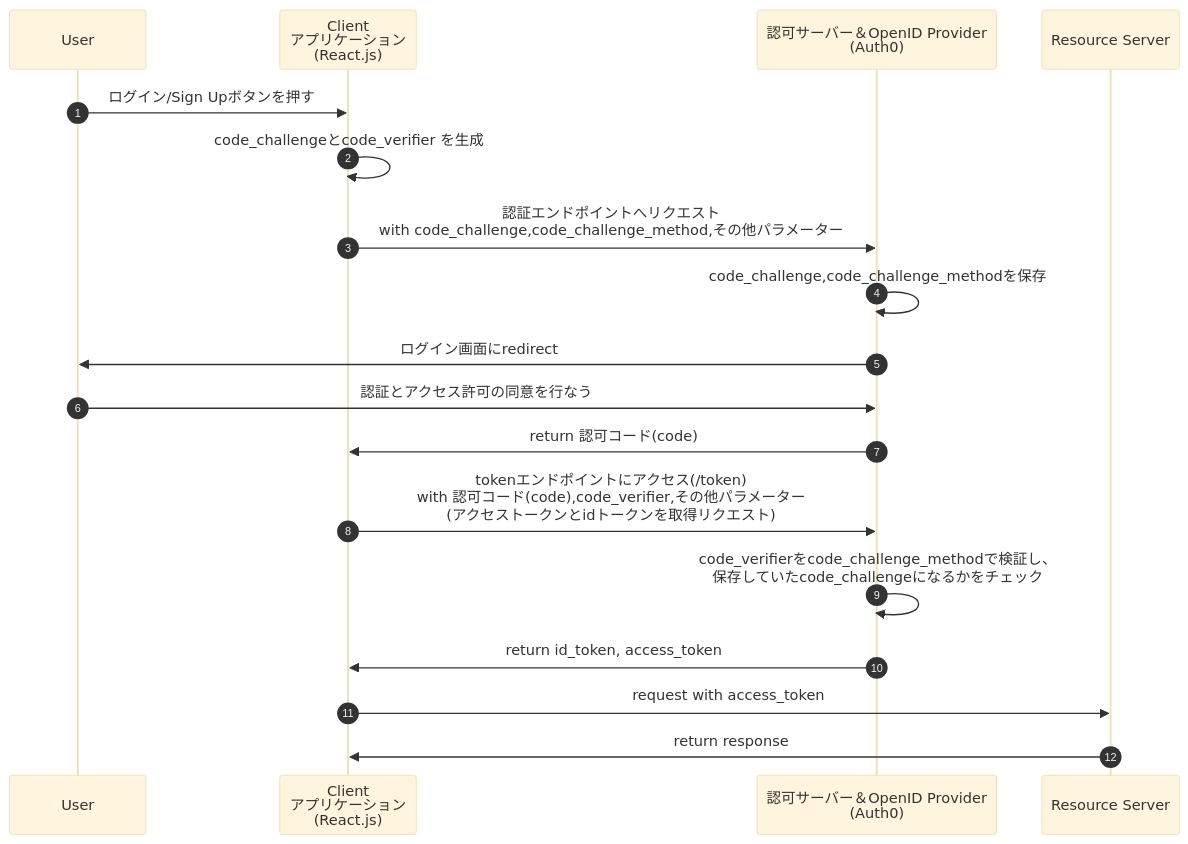
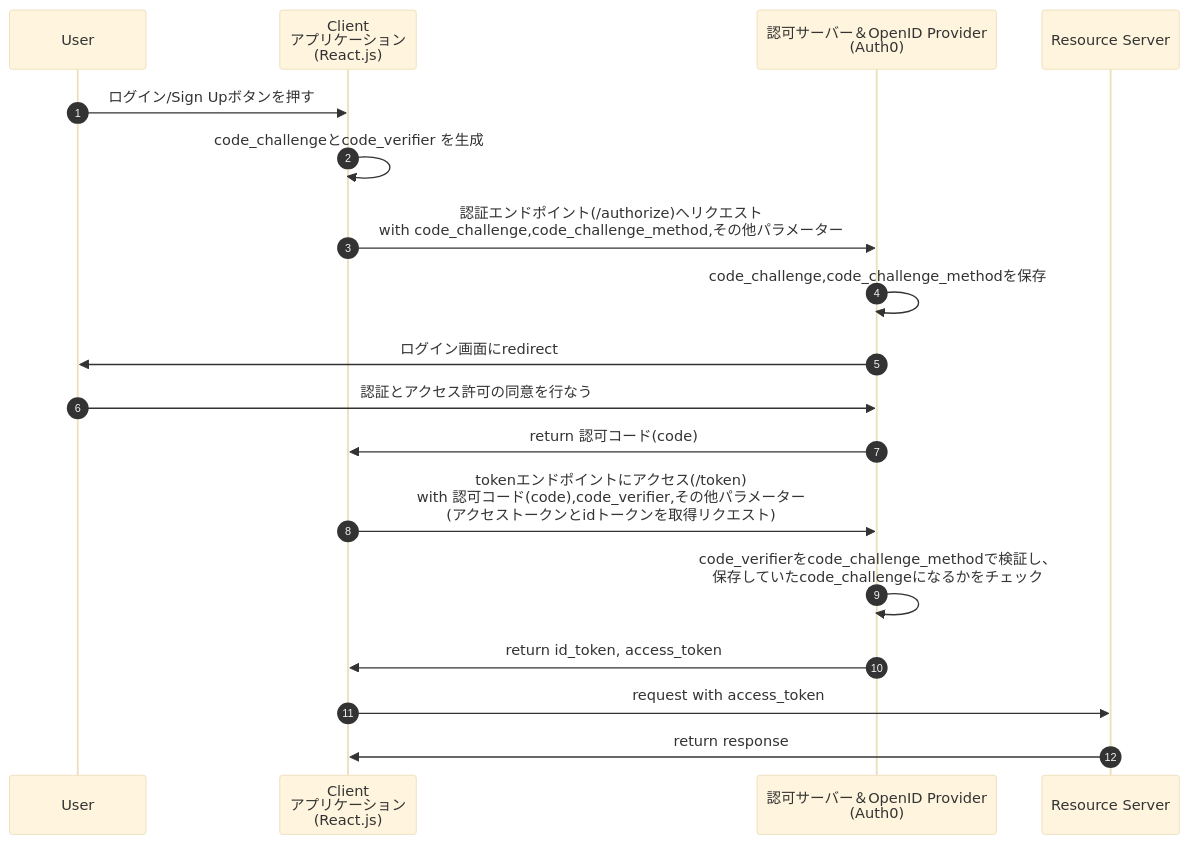
Before and after one commit to sktaz/diagram: the diagram in oauth2.0/認可コードフロー.md, drawn with Mermaid (base theme). The commit also changed 1 other file, not shown here.

````diff
--- a/oauth2.0/認可コードフロー.md
+++ b/oauth2.0/認可コードフロー.md
@@ -1,24 +1,24 @@
 ```mermaid
 
 sequenceDiagram
     autonumber
 
     participant User as User
     participant Client as Client <br>アプリケーション<br>(React.js)
     participant AuthorizationServer as 認可サーバー＆OpenID Provider<br>(Auth0)
     participant ResourceServer as Resource Server
 
     User ->> Client: ログイン/Sign Upボタンを押す
     Client ->> Client: code_challengeとcode_verifier を生成
 
-    Client ->> AuthorizationServer: 認証エンドポイントへリクエスト<br>with code_challenge,code_challenge_method,その他パラメーター
+    Client ->> AuthorizationServer: 認証エンドポイント(/authorize)へリクエスト<br>with code_challenge,code_challenge_method,その他パラメーター
     AuthorizationServer ->> AuthorizationServer: code_challenge,code_challenge_methodを保存
     AuthorizationServer ->> User: ログイン画面にredirect
     User ->> AuthorizationServer: 認証とアクセス許可の同意を行なう
     AuthorizationServer ->>　Client: return 認可コード(code)
     Client ->>　AuthorizationServer: tokenエンドポイントにアクセス(/token) <br>with 認可コード(code),code_verifier,その他パラメーター<br>(アクセストークンとidトークンを取得リクエスト)
     AuthorizationServer ->> AuthorizationServer: code_verifierをcode_challenge_methodで検証し、<br>保存していたcode_challengeになるかをチェック
     AuthorizationServer ->> Client: return id_token, access_token
     Client ->>　ResourceServer: request with access_token
     ResourceServer ->> Client: return response
 ```
````
